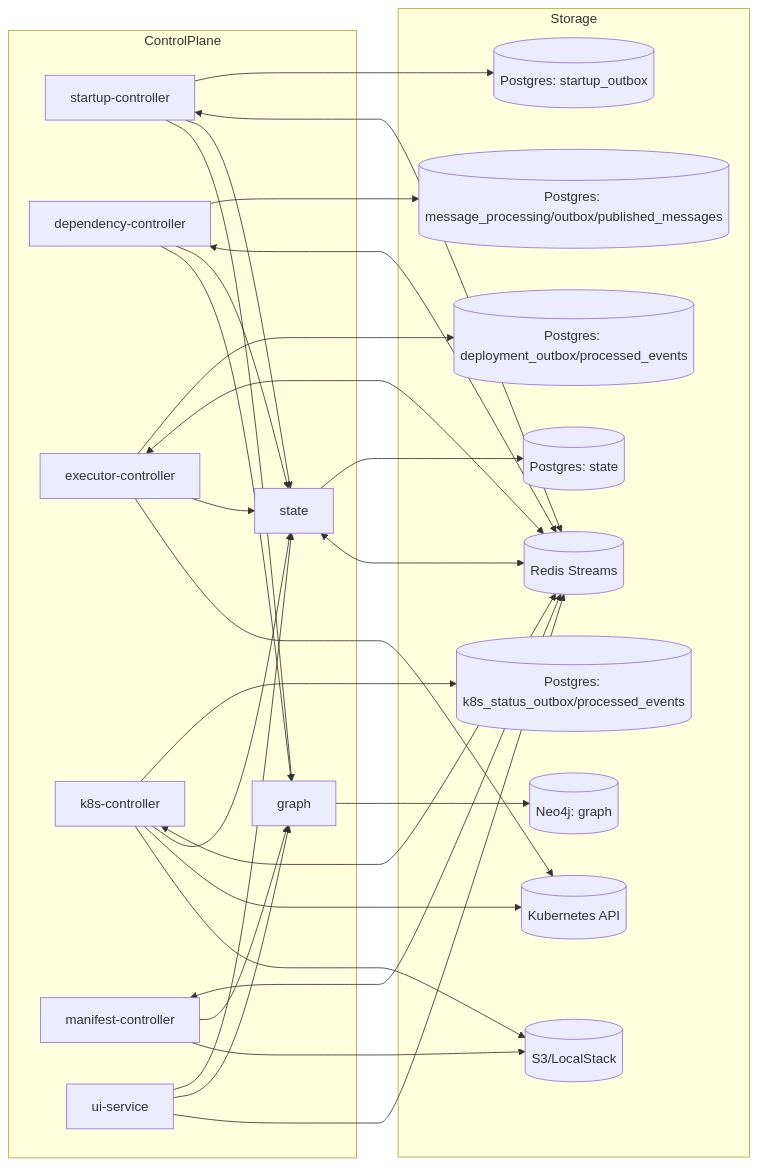
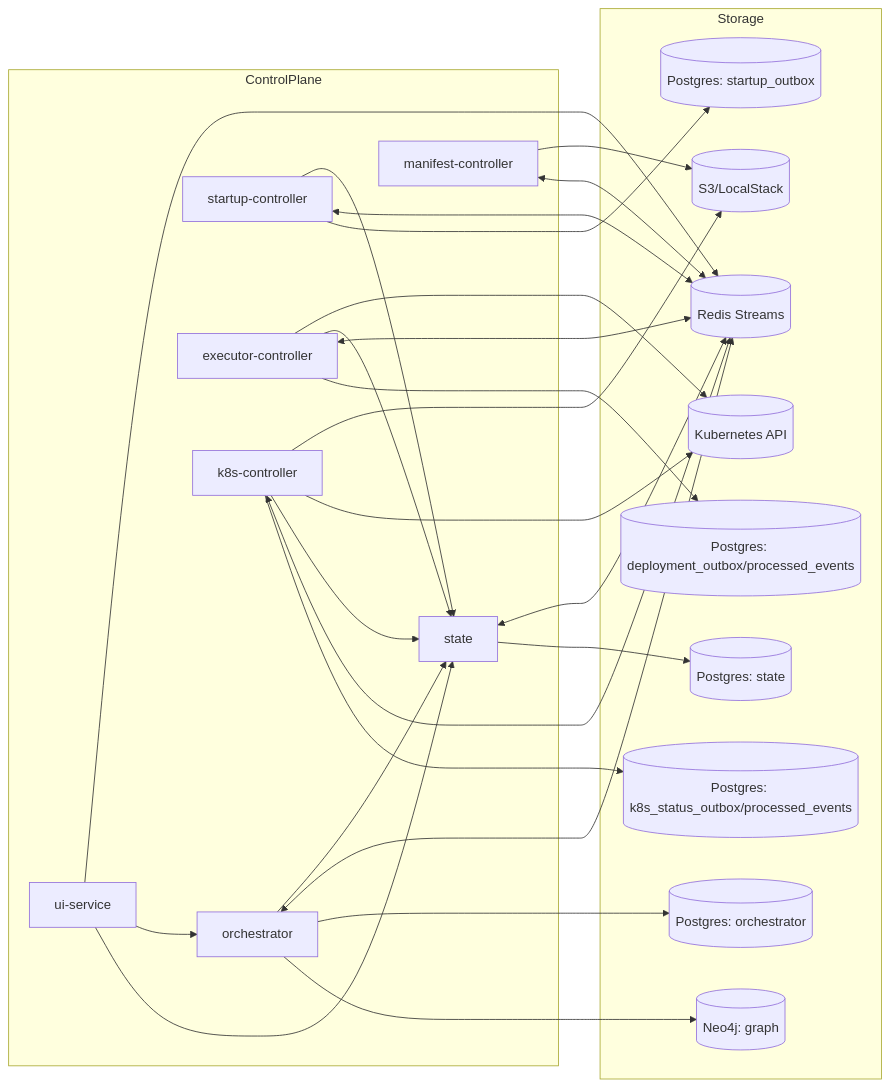
One commit to carolsimone/continuo changed the first of 2 diagrams in docs/arch/01-topology.md. Above: the diagram before and after it, drawn with Mermaid. The commit also changed other lines of this file and 108 other files, not shown here.

First line of the commit message:
refactor: delete graph and dependency-controller, replace with orchestrator

````diff
--- a/docs/arch/01-topology.md
+++ b/docs/arch/01-topology.md
@@ -5,55 +5,51 @@
 ```mermaid
 flowchart LR
   subgraph ControlPlane
     ST[state]
-    GR[graph]
+    OR[orchestrator]
     SC[startup-controller]
-    DC[dependency-controller]
     EC[executor-controller]
     KC[k8s-controller]
     MC[manifest-controller]
     UI[ui-service]
   end
 
   subgraph Storage
     STDB[(Postgres: state)]
+    ORPG[(Postgres: orchestrator)]
     GRDB[(Neo4j: graph)]
     SCPG[(Postgres: startup_outbox)]
-    DCPG[(Postgres: message_processing/outbox/published_messages)]
     ECPG[(Postgres: deployment_outbox/processed_events)]
     KCPG[(Postgres: k8s_status_outbox/processed_events)]
     S3[(S3/LocalStack)]
     K8S[(Kubernetes API)]
     R[(Redis Streams)]
   end
 
   ST --> STDB
-  GR --> GRDB
+  OR --> GRDB
+  OR --> ORPG
   SC --> SCPG
-  DC --> DCPG
   EC --> ECPG
   KC --> KCPG
 
   ST <--> R
   SC <--> R
-  DC <--> R
+  OR <--> R
   EC <--> R
   KC <--> R
   MC <--> R
 
   SC --> ST
-  SC --> GR
-  DC --> ST
-  DC --> GR
+  OR --> ST
   EC --> ST
   KC --> ST
-  MC --> GR
   UI --> ST
-  UI --> GR
+  UI --> OR
   UI --> R
 
   EC --> K8S
   KC --> K8S
   KC --> S3
   MC --> S3
 ```
````
